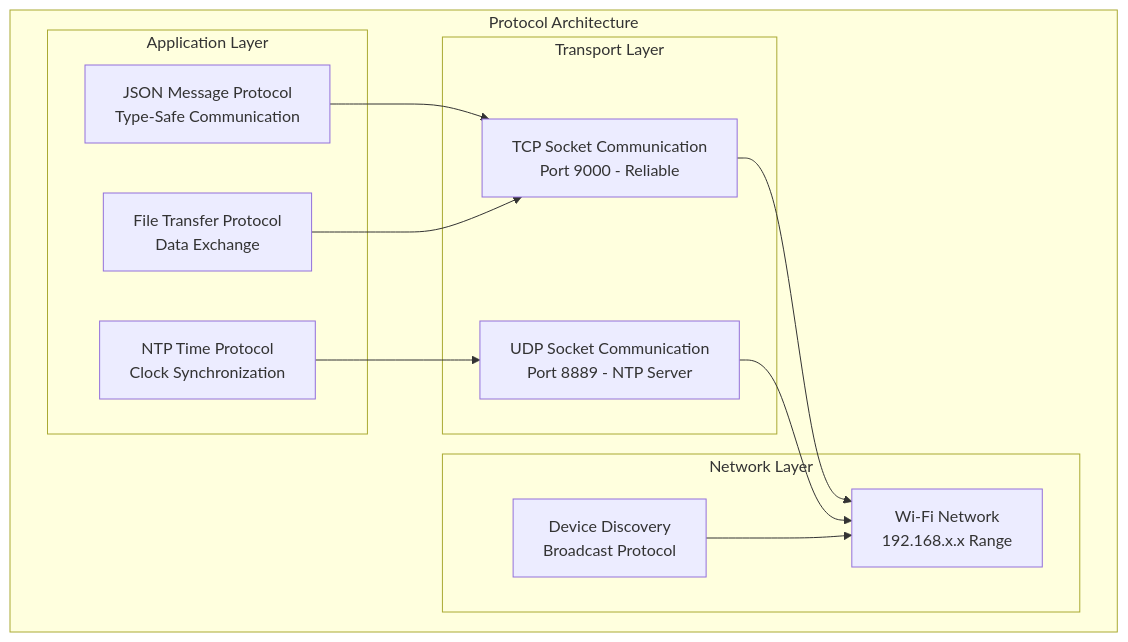
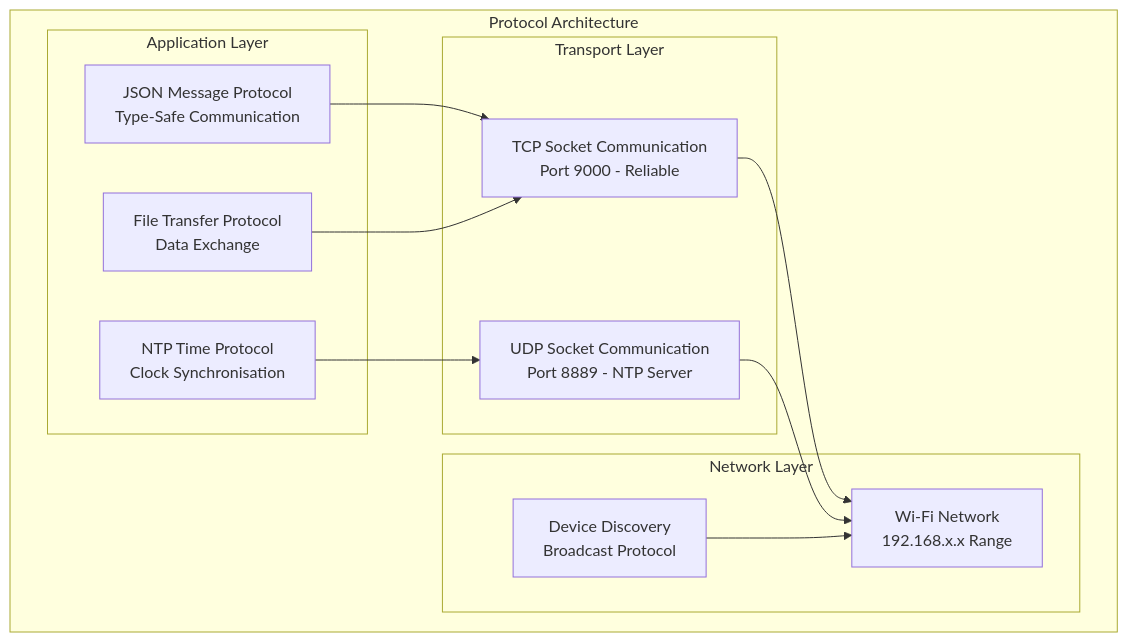
One commit to buccancs/fyp-multi-sensor-recording-system changed the second of 2 diagrams in docs/module_deep_dive/multi_device_synchronization_readme.md. Above: the diagram before and after it, drawn with Mermaid. The commit also changed other lines of this file and 56 other files, not shown here.

````diff
--- a/docs/module_deep_dive/multi_device_synchronization_readme.md
+++ b/docs/module_deep_dive/multi_device_synchronization_readme.md
@@ -155,27 +155,27 @@
 ```mermaid
 graph TB
     subgraph "Protocol Architecture"
         subgraph "Application Layer"
             JSON[JSON Message Protocol<br/>Type-Safe Communication]
-            NTP[NTP Time Protocol<br/>Clock Synchronization]
+            NTP[NTP Time Protocol<br/>Clock Synchronisation]
             FILE[File Transfer Protocol<br/>Data Exchange]
         end
 
         subgraph "Transport Layer"
             TCP[TCP Socket Communication<br/>Port 9000 - Reliable]
             UDP[UDP Socket Communication<br/>Port 8889 - NTP Server]
         end
 
         subgraph "Network Layer"
             WIFI[Wi-Fi Network<br/>192.168.x.x Range]
             DISCOVERY[Device Discovery<br/>Broadcast Protocol]
         end
     end
 
     JSON --> TCP
     NTP --> UDP
     FILE --> TCP
     TCP --> WIFI
     UDP --> WIFI
     DISCOVERY --> WIFI
 ```
````
